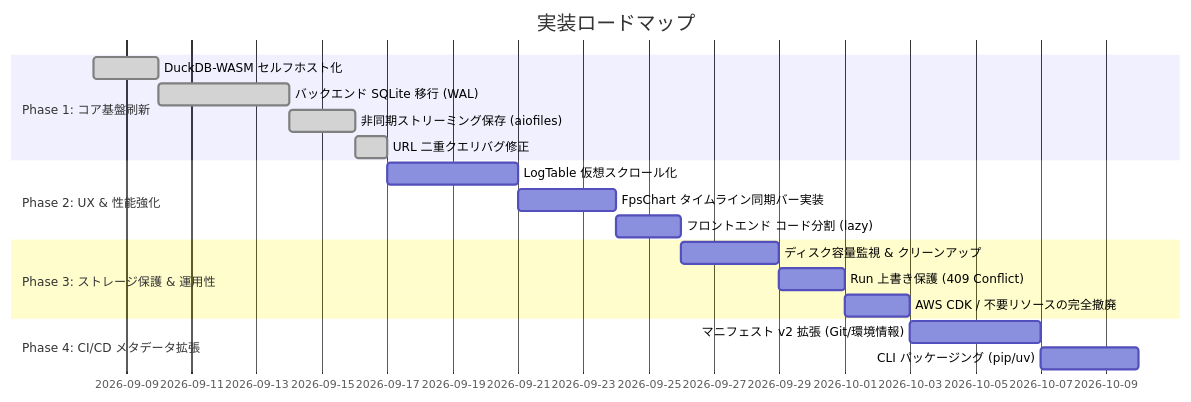
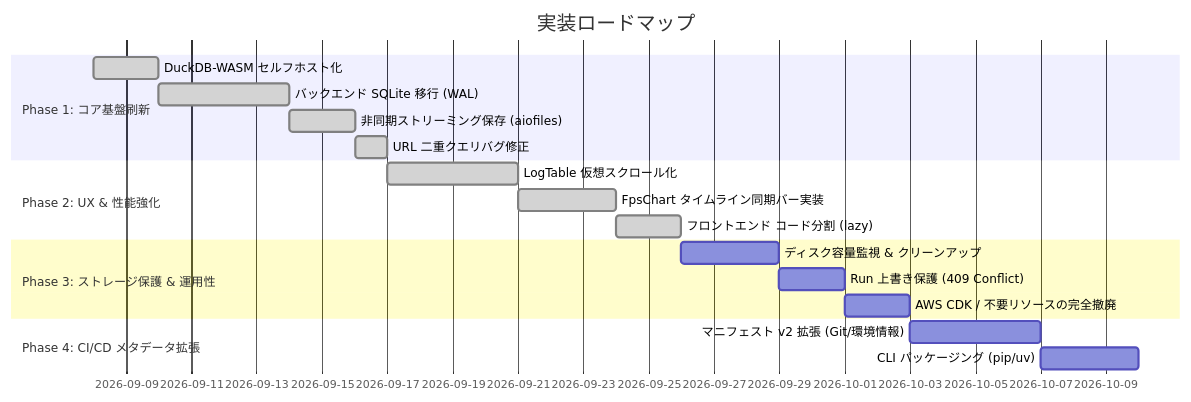
Before and after one commit to y-akahori-ramen/game-db: the second of 2 diagrams in docs/architecture-improvement-plan.md, drawn with Mermaid. The commit also changed other lines of this file and 9 other files, not shown here.

````diff
--- a/docs/architecture-improvement-plan.md
+++ b/docs/architecture-improvement-plan.md
@@ -301,24 +301,24 @@
 ```mermaid
 gantt
     title 実装ロードマップ
     dateFormat  YYYY-MM-DD
     section Phase 1: コア基盤刷新
     DuckDB-WASM セルフホスト化       :done, p1_1, 2026-09-08, 2d
     バックエンド SQLite 移行 (WAL)    :done, p1_2, after p1_1, 4d
     非同期ストリーミング保存 (aiofiles):done, p1_3, after p1_2, 2d
     URL 二重クエリバグ修正             :done, p1_4, after p1_3, 1d
 
     section Phase 2: UX & 性能強化
-    LogTable 仮想スクロール化         : p2_1, after p1_4, 4d
-    FpsChart タイムライン同期バー実装  : p2_2, after p2_1, 3d
-    フロントエンド コード分割 (lazy)    : p2_3, after p2_2, 2d
+    LogTable 仮想スクロール化         :done, p2_1, after p1_4, 4d
+    FpsChart タイムライン同期バー実装  :done, p2_2, after p2_1, 3d
+    フロントエンド コード分割 (lazy)    :done, p2_3, after p2_2, 2d
 
     section Phase 3: ストレージ保護 & 運用性
     ディスク容量監視 & クリーンアップ   : p3_1, after p2_3, 3d
     Run 上書き保護 (409 Conflict)     : p3_2, after p3_1, 2d
     AWS CDK / 不要リソースの完全撤廃  : p3_3, after p3_2, 2d
 
     section Phase 4: CI/CD メタデータ拡張
     マニフェスト v2 拡張 (Git/環境情報) : p4_1, after p3_3, 4d
     CLI パッケージング (pip/uv)        : p4_2, after p4_1, 3d
 ```
````
